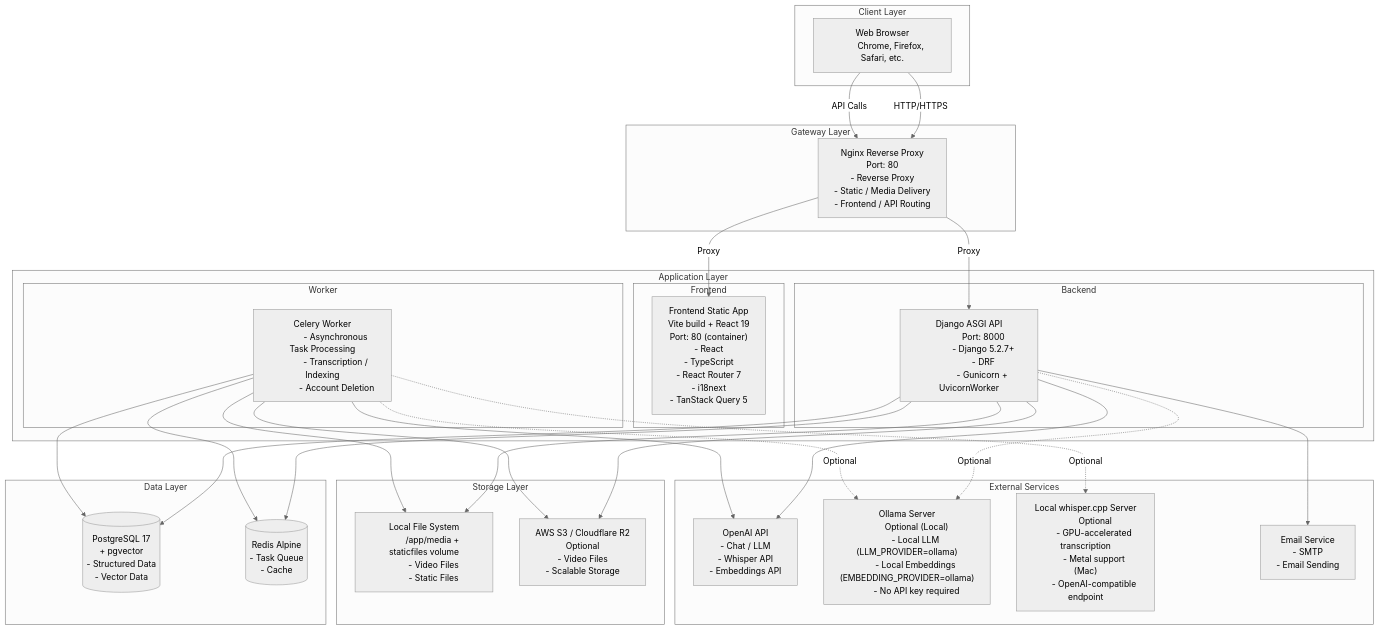
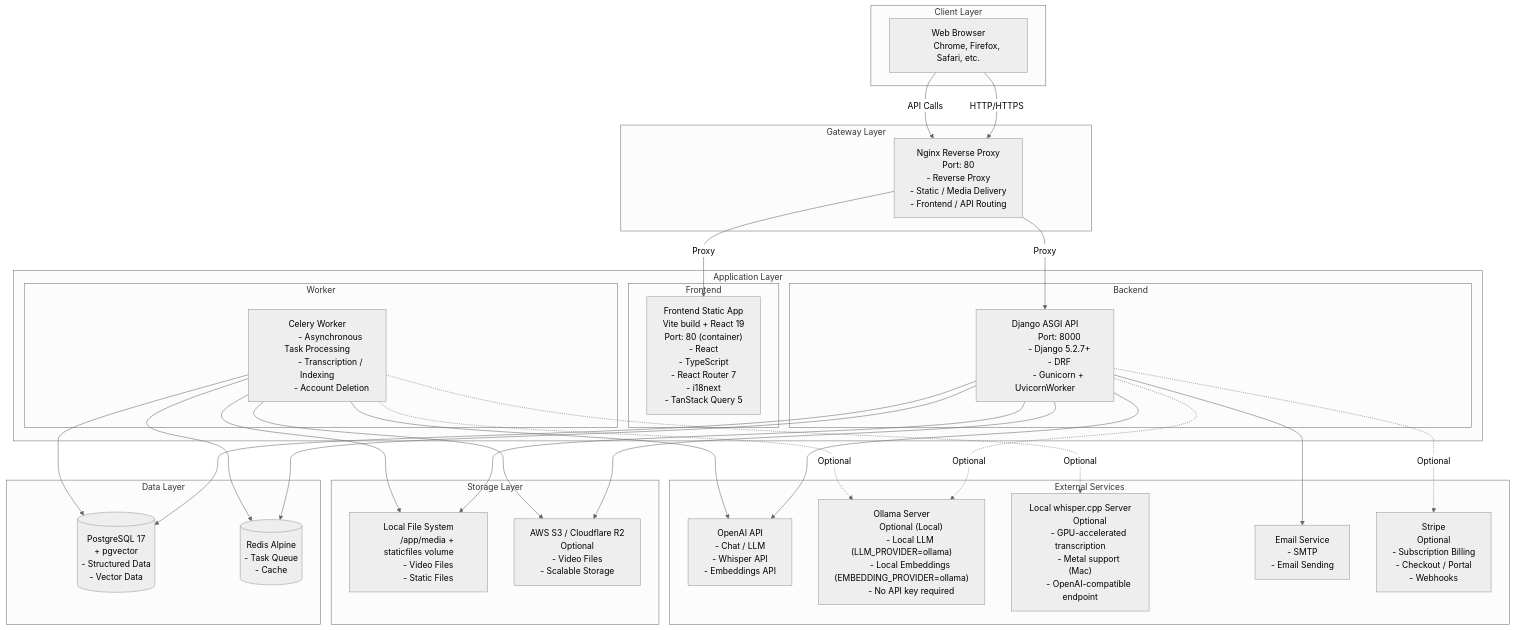
Before and after one commit to yukiharada1228/videoq: the first of 9 diagrams in docs/architecture/system-configuration-diagram.md, drawn with Mermaid (neutral theme). The commit also changed other lines of this file and 12 other files, not shown here.

```diff
--- a/docs/architecture/system-configuration-diagram.md
+++ b/docs/architecture/system-configuration-diagram.md
@@ -88,6 +88,11 @@
         Email["Email Service
         - SMTP
         - Email Sending"]
+        Stripe["Stripe
+        Optional
+        - Subscription Billing
+        - Checkout / Portal
+        - Webhooks"]
     end
 
     Browser -->|HTTP/HTTPS| Nginx
@@ -101,6 +106,8 @@
     Django --> OpenAI
     Django -.->|Optional| Ollama
     Django --> Email
+    Django -.->|Optional| Stripe
+
     Celery --> Redis
     Celery --> PostgreSQL
     Celery --> LocalFS
```
